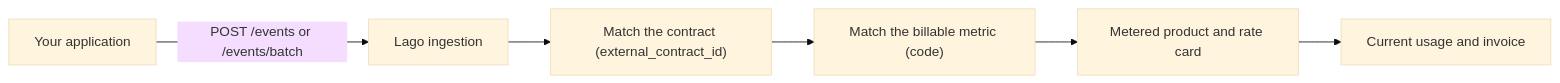
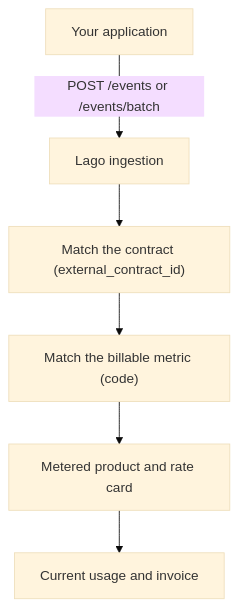
One commit to getlago/lago-doc changed the first of 2 diagrams in v2/guide/events/ingesting-usage.mdx. Above: the diagram before and after it, drawn with Mermaid (base theme). The commit also changed other lines of this file, not shown here.

````diff
--- a/v2/guide/events/ingesting-usage.mdx
+++ b/v2/guide/events/ingesting-usage.mdx
@@ -12,8 +13,8 @@
 ```mermaid
-flowchart LR
+flowchart TD
     A["Your application"] -->|"POST /events or /events/batch"| B["Lago ingestion"]
     B --> C["Match the contract (external_contract_id)"]
     C --> D["Match the billable metric (code)"]
     D --> E["Metered product and rate card"]
     E --> F["Current usage and invoice"]
 ```
````
